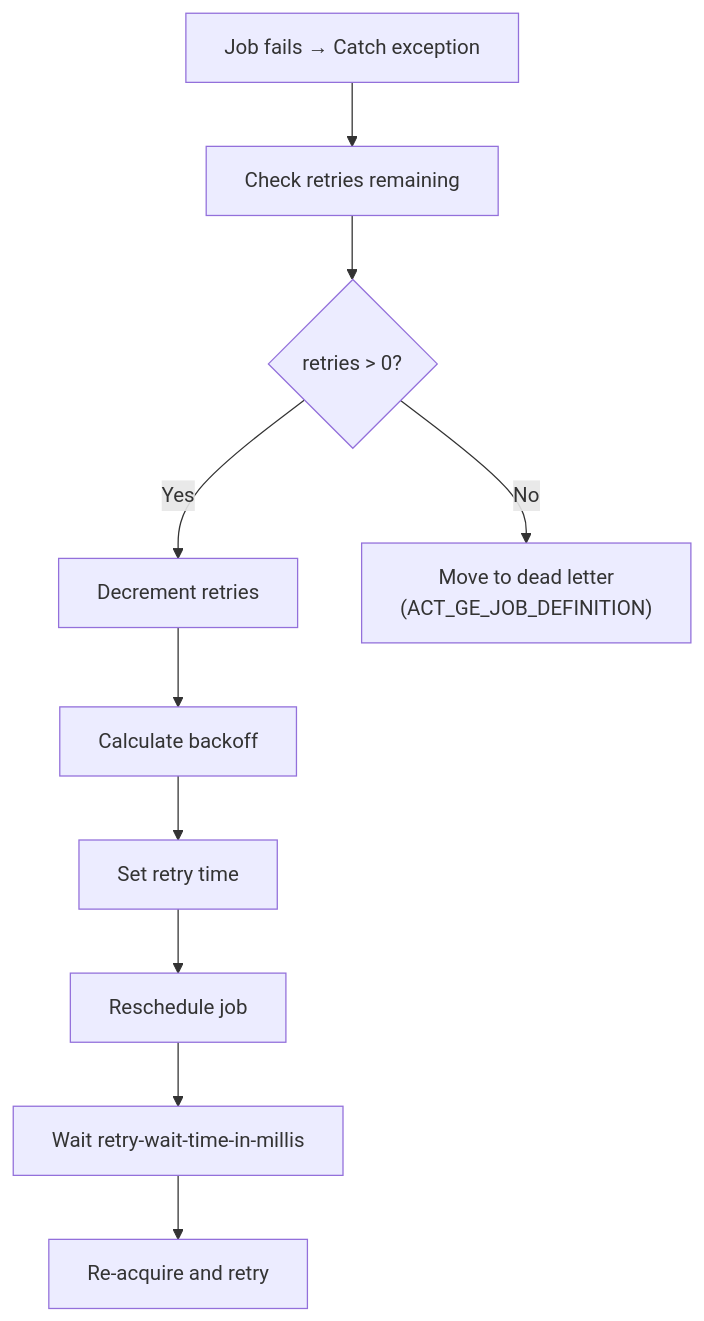
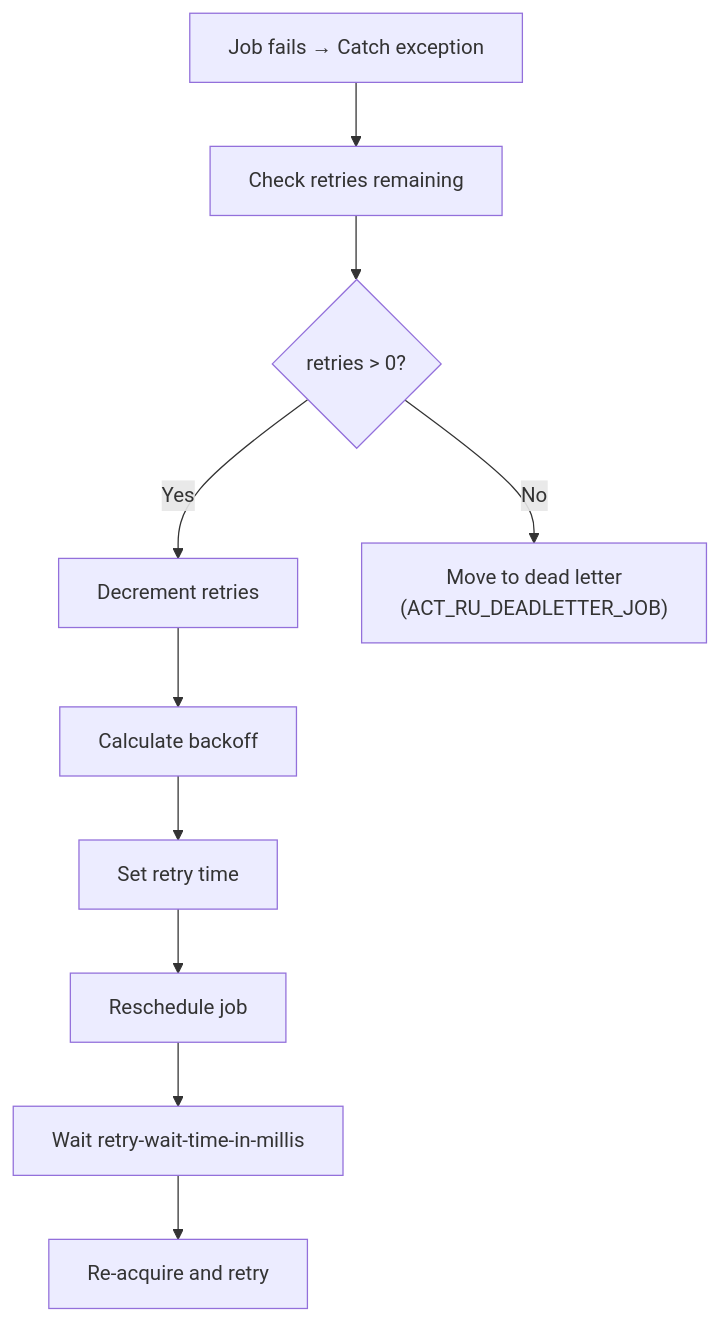
Before and after one commit to CaptainGlac1er/activiti-documentation: the second of 2 diagrams in docs/api-reference/engine-api/async-execution.md, drawn with Mermaid. The commit also changed other lines of this file and 38 other files, not shown here.

````diff
--- a/docs/api-reference/engine-api/async-execution.md
+++ b/docs/api-reference/engine-api/async-execution.md
@@ -246,15 +246,15 @@
 ```mermaid
 flowchart TD
     Fail["Job fails → Catch exception"]
     Fail --> Check["Check retries remaining"]
     Check --> Decision{retries > 0?}
     
     Decision -->|Yes| Decrement["Decrement retries"]
     Decrement --> Backoff["Calculate backoff"]
     Backoff --> SetTime["Set retry time"]
     SetTime --> Reschedule["Reschedule job"]
     Reschedule --> Wait["Wait retry-wait-time-in-millis"]
     Wait --> Retry["Re-acquire and retry"]
     
-    Decision -->|No| DeadLetter["Move to dead letter<br>(ACT_GE_JOB_DEFINITION)"]
+    Decision -->|No| DeadLetter["Move to dead letter<br>(ACT_RU_DEADLETTER_JOB)"]
 ```
````
